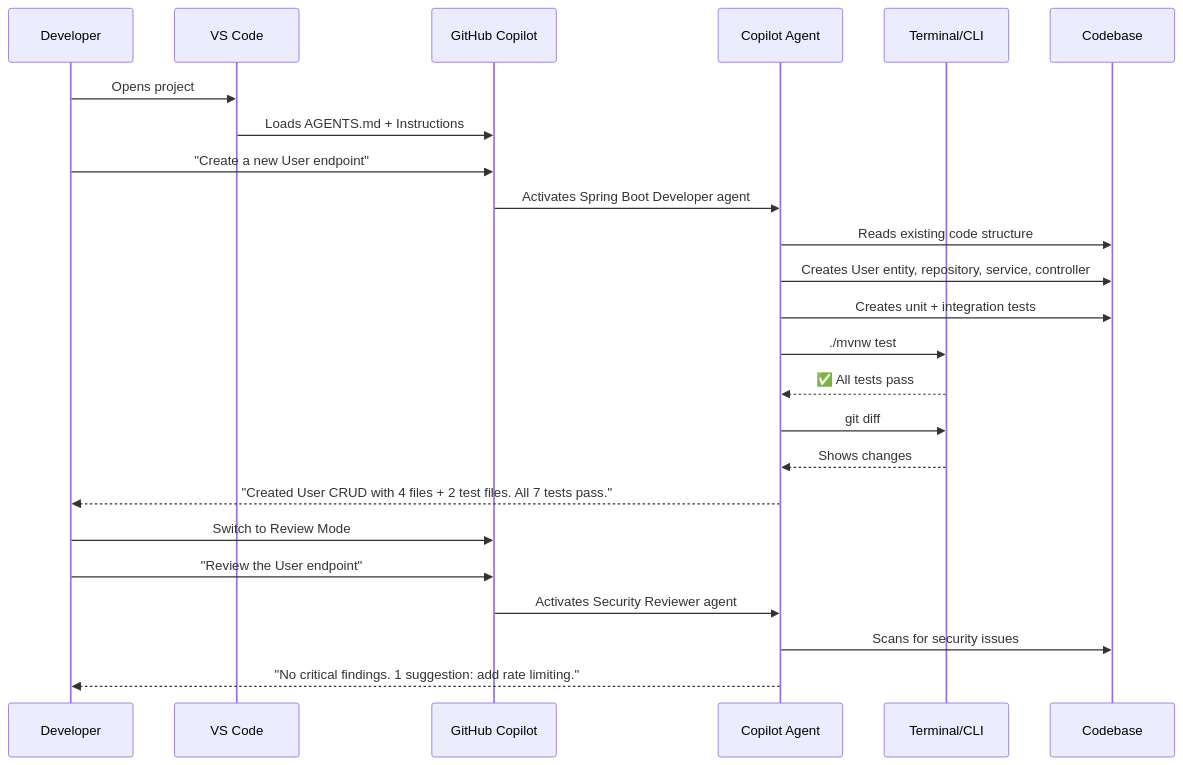
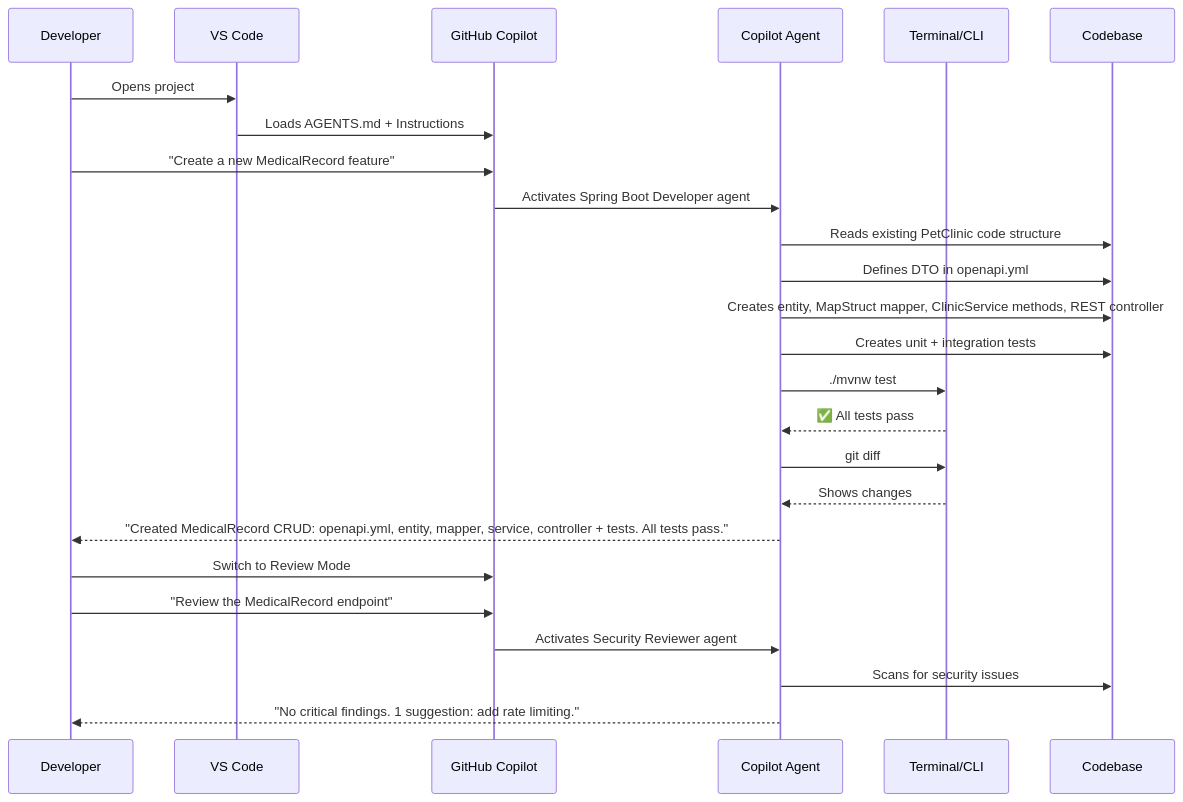
One commit to abossard/ghcp-agent-2024 changed the third of 5 diagrams in README.md. Above: the diagram before and after it, drawn with Mermaid. The commit also changed other lines of this file and 159 other files, not shown here.

````diff
--- a/README.md
+++ b/README.md
@@ -214,27 +294,28 @@
 ```mermaid
 sequenceDiagram
     participant Dev as Developer
     participant VSC as VS Code
     participant GHC as GitHub Copilot
     participant Agent as Copilot Agent
     participant CLI as Terminal/CLI
     participant Code as Codebase
 
     Dev->>VSC: Opens project
     VSC->>GHC: Loads AGENTS.md + Instructions
-    Dev->>GHC: "Create a new User endpoint"
+    Dev->>GHC: "Create a new MedicalRecord feature"
     GHC->>Agent: Activates Spring Boot Developer agent
-    Agent->>Code: Reads existing code structure
-    Agent->>Code: Creates User entity, repository, service, controller
+    Agent->>Code: Reads existing PetClinic code structure
+    Agent->>Code: Defines DTO in openapi.yml
+    Agent->>Code: Creates entity, MapStruct mapper, ClinicService methods, REST controller
     Agent->>Code: Creates unit + integration tests
     Agent->>CLI: ./mvnw test
     CLI-->>Agent: ✅ All tests pass
     Agent->>CLI: git diff
     CLI-->>Agent: Shows changes
-    Agent-->>Dev: "Created User CRUD with 4 files + 2 test files. All 7 tests pass."
+    Agent-->>Dev: "Created MedicalRecord CRUD: openapi.yml, entity, mapper, service, controller + tests. All tests pass."
     Dev->>GHC: Switch to Review Mode
-    Dev->>GHC: "Review the User endpoint"
+    Dev->>GHC: "Review the MedicalRecord endpoint"
     GHC->>Agent: Activates Security Reviewer agent
     Agent->>Code: Scans for security issues
     Agent-->>Dev: "No critical findings. 1 suggestion: add rate limiting."
 ```
````
